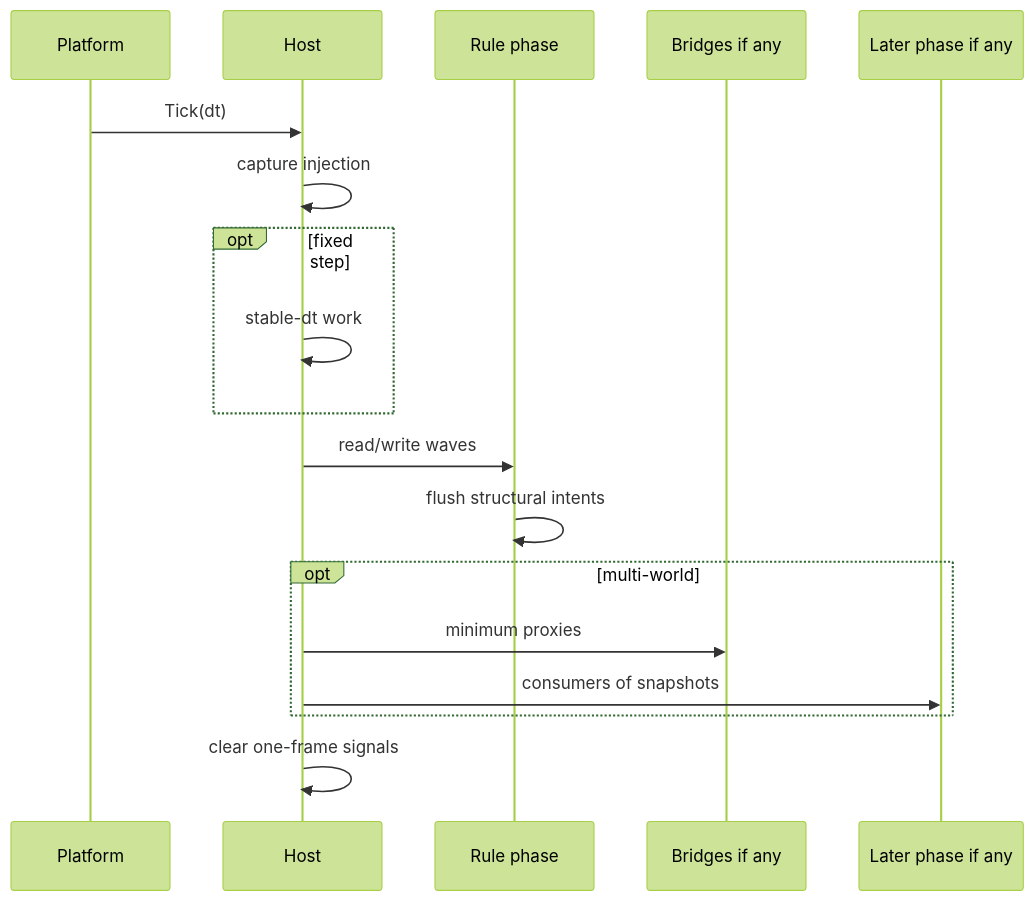
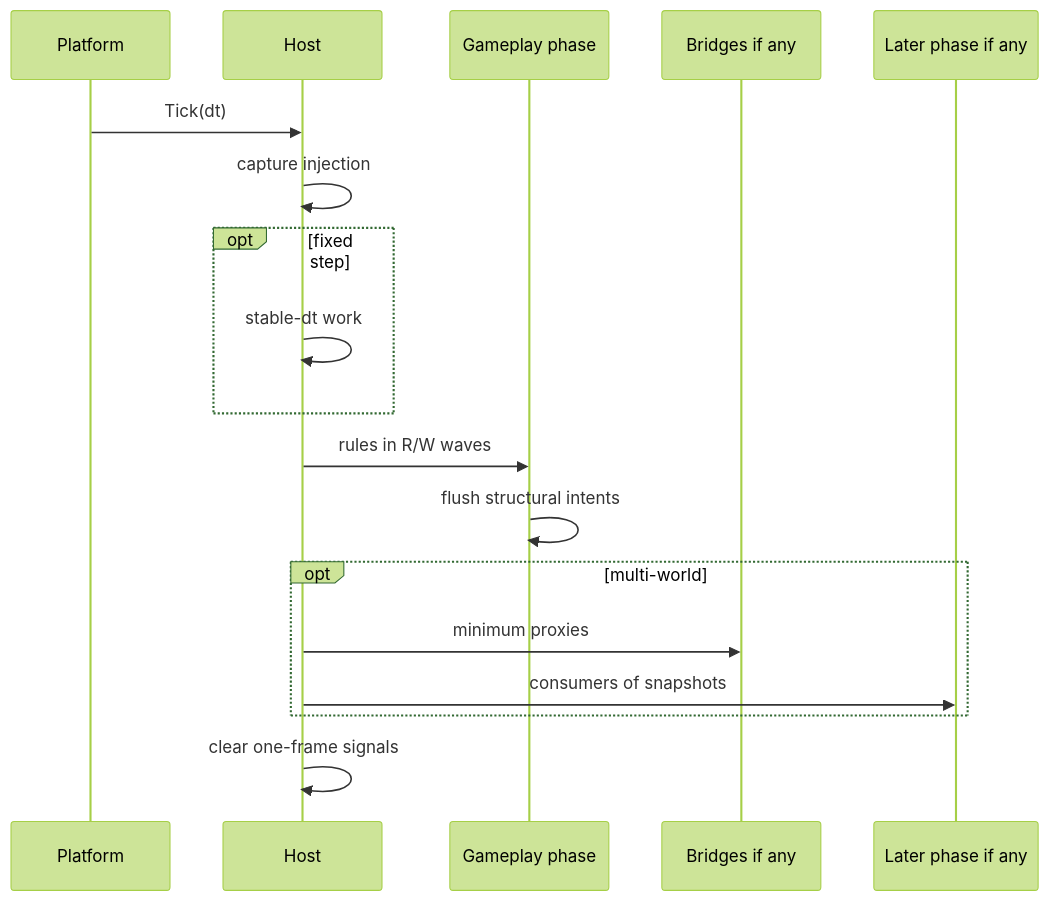
The eighth of 8 diagrams in src/content/articles/another-way-to-think-about-game-architecture.md (fm39hz/fm39hz-blogs), drawn with Mermaid (forest theme) before and after one commit. The commit also changed other lines of this file, not shown here.

````diff
--- a/src/content/articles/another-way-to-think-about-game-architecture.md
+++ b/src/content/articles/another-way-to-think-about-game-architecture.md
@@ -181,21 +311,21 @@
 ```mermaid
 sequenceDiagram
     participant Platform
     participant Host
-    participant Rule as Rule phase
-    participant Bridge as Bridges if any
-    participant Late as Later phase if any
+    participant G as Gameplay phase
+    participant Br as Bridges if any
+    participant L as Later phase if any
 
     Platform->>Host: Tick(dt)
     Host->>Host: capture injection
     opt fixed step
         Host->>Host: stable-dt work
     end
-    Host->>Rule: read/write waves
-    Rule->>Rule: flush structural intents
+    Host->>G: rules in R/W waves
+    G->>G: flush structural intents
     opt multi-world
-        Host->>Bridge: minimum proxies
-        Host->>Late: consumers of snapshots
+        Host->>Br: minimum proxies
+        Host->>L: consumers of snapshots
     end
     Host->>Host: clear one-frame signals
 ```
````
